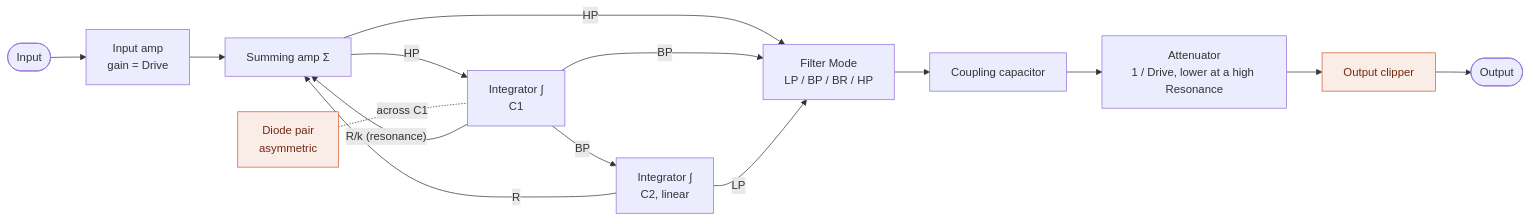
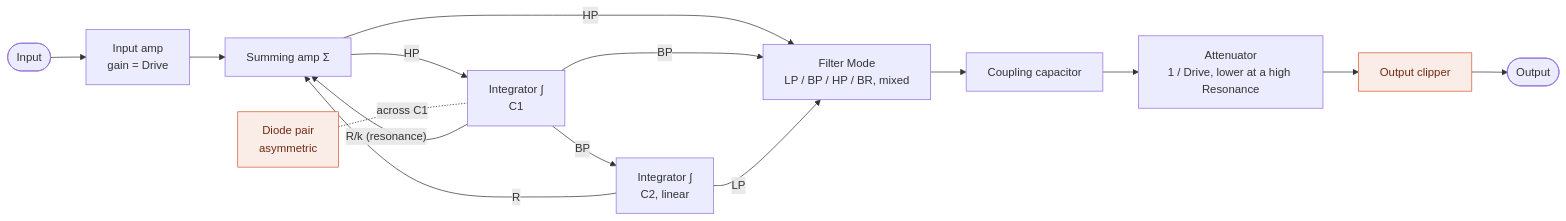
Before and after one commit to risgk/digital-synth-pra32-u2: the third of 10 diagrams in PRA32-U2-Block-Diagrams.md, drawn with Mermaid. The commit also changed other lines of this file and 7 other files, not shown here.

Commit message:
Filter Mode [LP|BR|HP|BP|LP], changing smoothly

````diff
--- a/PRA32-U2-Block-Diagrams.md
+++ b/PRA32-U2-Block-Diagrams.md
@@ -109,19 +109,19 @@
 ```mermaid
 flowchart LR
     IN([Input]) --> IA["Input amp<br/>gain = Drive"]
     IA --> A1["Summing amp Σ"]
     A1 -->|HP| A2["Integrator ∫<br/>C1"]
     D["Diode pair<br/>asymmetric"] -.-|across C1| A2
     A2 -->|BP| A3["Integrator ∫<br/>C2, linear"]
-    A1 -->|HP| MS["Filter Mode<br/>LP / BP / BR / HP"]
+    A1 -->|HP| MS["Filter Mode<br/>LP / BP / HP / BR, mixed"]
     A2 -->|BP| MS
     A3 -->|LP| MS
     MS --> CC["Coupling capacitor"]
     CC --> OA["Attenuator<br/>1 / Drive, lower at a high Resonance"]
     OA --> LIM["Output clipper"]
     LIM --> OUT([Output])
     A2 -->|"R/k (resonance)"| A1
     A3 -->|R| A1
     classDef nl fill:#FAECE7,stroke:#D85A30,color:#712B13
     class D,LIM nl
 ```
````
